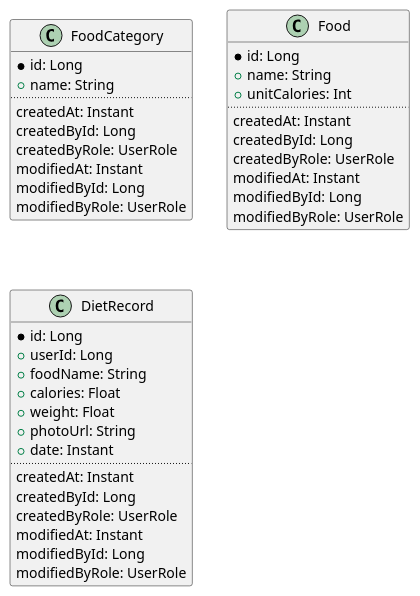
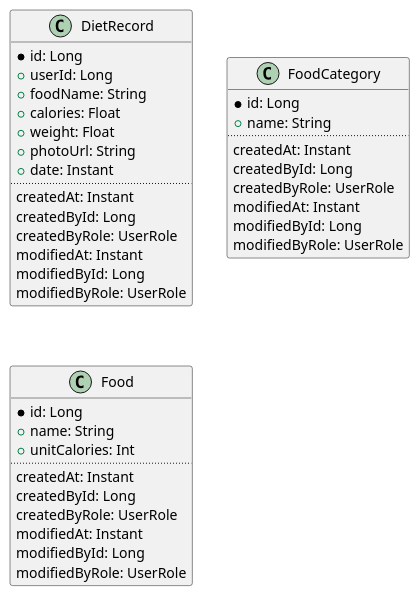
Before and after one commit to sweav-org/sweav-uml: the diagram in class/record/diet_record.puml, drawn with PlantUML. The commit also changed other lines of this file and 4 other files, not shown here.

```diff
--- a/class/record/diet_record.puml
+++ b/class/record/diet_record.puml
@@ -1,47 +1,47 @@
 @startuml
 'https://plantuml.com/class-diagram
+
+class DietRecord {
+  *id: Long
+  +userId: Long
+  +foodName: String
+  +calories: Float
+  +weight: Float
+  +photoUrl: String
+  +date: Instant
+  ..
+  createdAt: Instant
+  createdById: Long
+  createdByRole: UserRole
+  modifiedAt: Instant
+  modifiedById: Long
+  modifiedByRole: UserRole
+}
 
 class FoodCategory {
   *id: Long
   +name: String
   ..
   createdAt: Instant
   createdById: Long
   createdByRole: UserRole
   modifiedAt: Instant
   modifiedById: Long
   modifiedByRole: UserRole
 }
 
 class Food {
   *id: Long
   +name: String
   +unitCalories: Int
   ..
   createdAt: Instant
   createdById: Long
   createdByRole: UserRole
   modifiedAt: Instant
   modifiedById: Long
   modifiedByRole: UserRole
 }
 
-class DietRecord {
-  *id: Long
-  +userId: Long
-  +foodName: String
-  +calories: Float
-  +weight: Float
-  +photoUrl: String
-  +date: Instant
-  ..
-  createdAt: Instant
-  createdById: Long
-  createdByRole: UserRole
-  modifiedAt: Instant
-  modifiedById: Long
-  modifiedByRole: UserRole
-}
-
 
 @enduml
```
